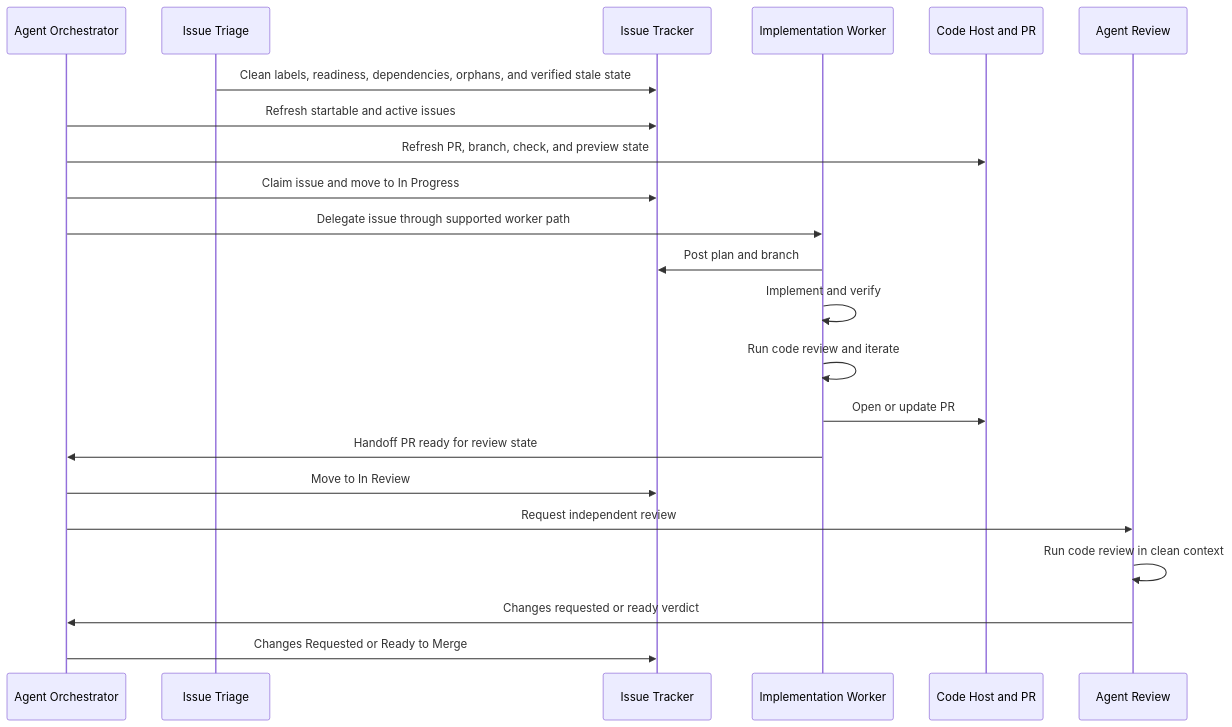
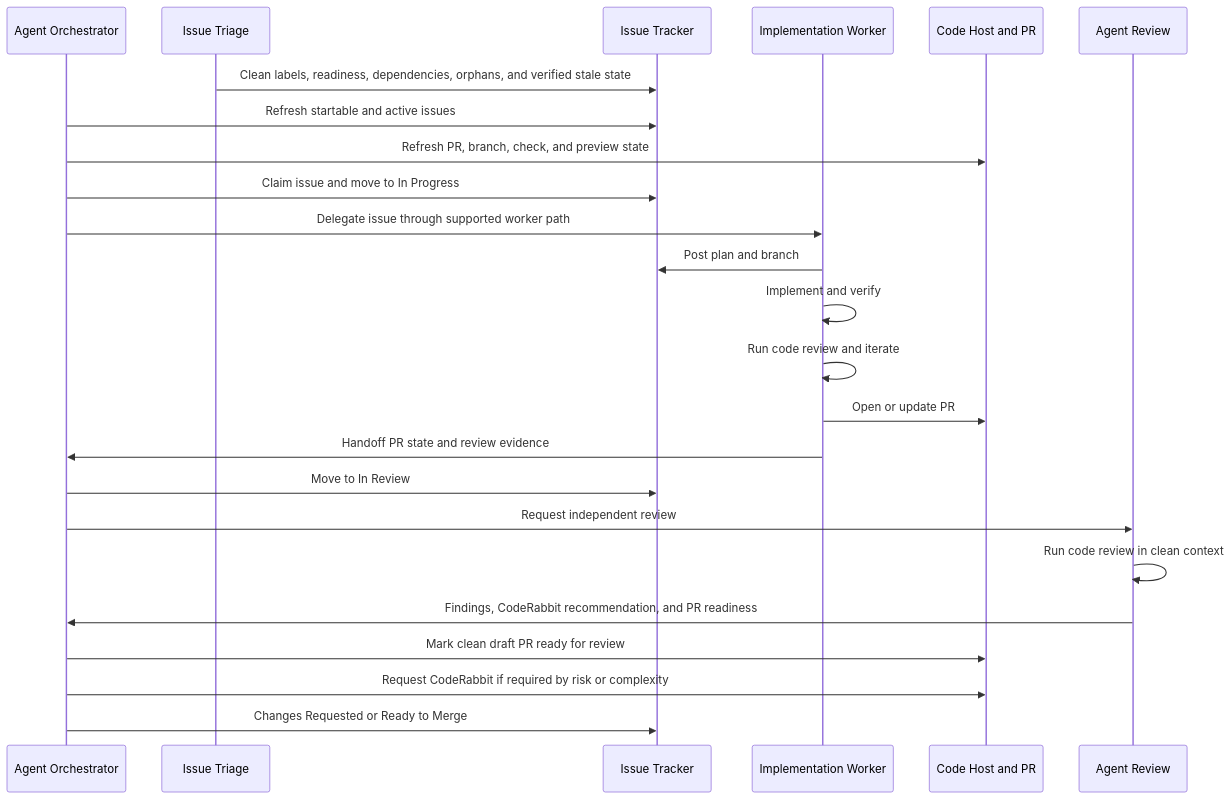
The second of 2 diagrams in docs/agent-workflow.md (zaks-io/skills), drawn with Mermaid before and after one commit. The commit also changed other lines of this file and 10 other files, not shown here.

Commit message:
docs: clarify draft PR readiness workflow

````diff
--- a/docs/agent-workflow.md
+++ b/docs/agent-workflow.md
@@ -148,25 +160,27 @@
 ```mermaid
 sequenceDiagram
   participant Q as Agent Orchestrator
   participant I as Issue Triage
   participant T as Issue Tracker
   participant W as Implementation Worker
   participant G as Code Host and PR
   participant R as Agent Review
 
   I->>T: Clean labels, readiness, dependencies, orphans, and verified stale state
   Q->>T: Refresh startable and active issues
   Q->>G: Refresh PR, branch, check, and preview state
   Q->>T: Claim issue and move to In Progress
   Q->>W: Delegate issue through supported worker path
   W->>T: Post plan and branch
   W->>W: Implement and verify
   W->>W: Run code review and iterate
   W->>G: Open or update PR
-  W->>Q: Handoff PR ready for review state
+  W->>Q: Handoff PR state and review evidence
   Q->>T: Move to In Review
   Q->>R: Request independent review
   R->>R: Run code review in clean context
-  R->>Q: Changes requested or ready verdict
+  R->>Q: Findings, CodeRabbit recommendation, and PR readiness
+  Q->>G: Mark clean draft PR ready for review
+  Q->>G: Request CodeRabbit if required by risk or complexity
   Q->>T: Changes Requested or Ready to Merge
 ```
````
